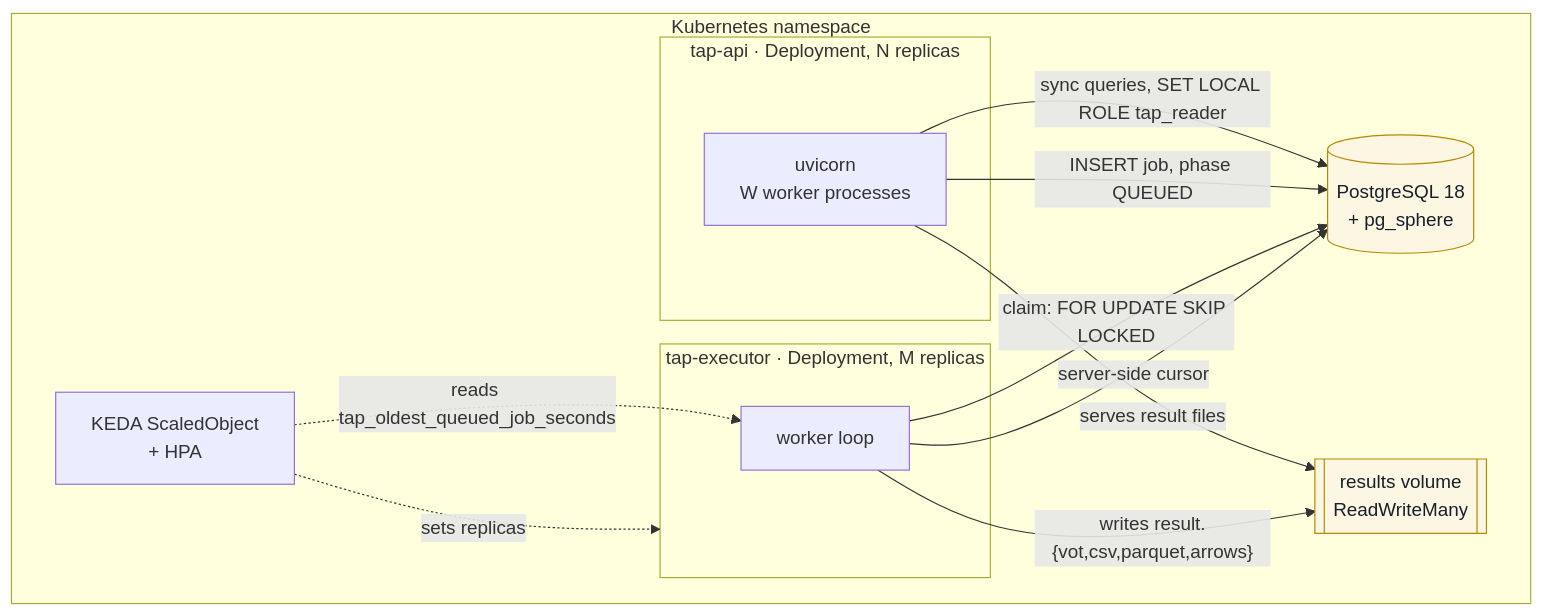
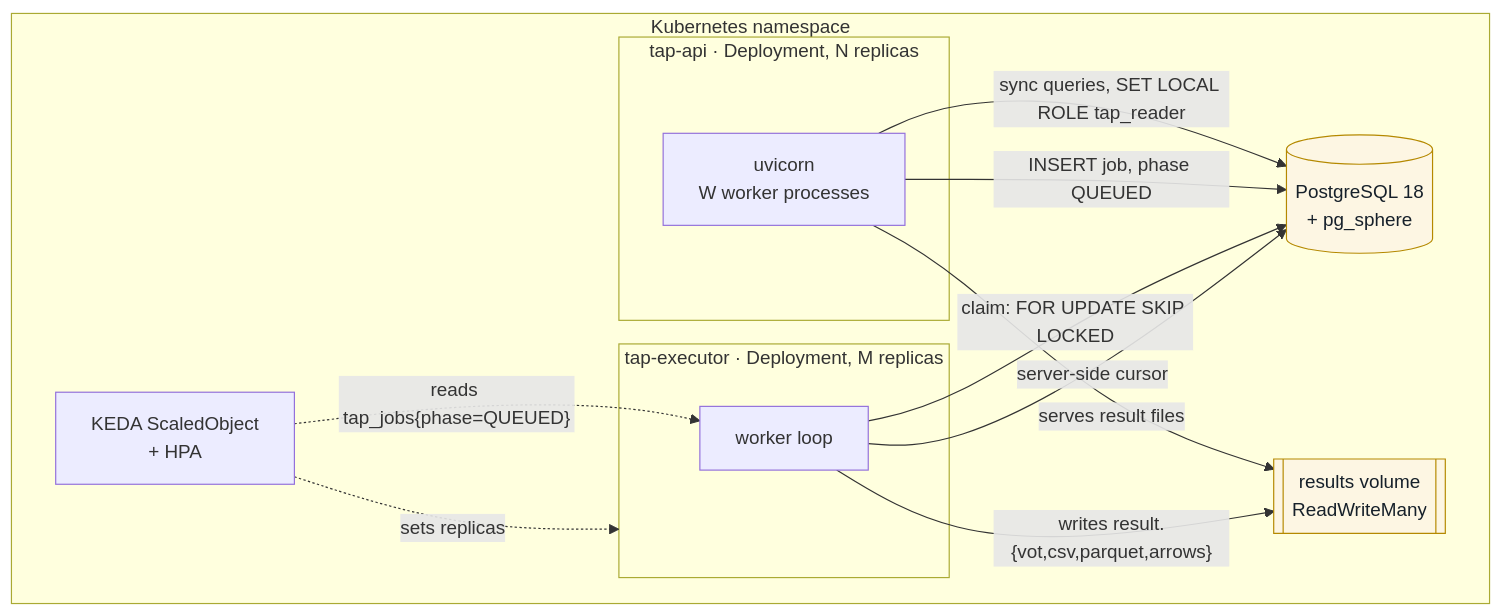
The second of 10 diagrams in docs/architecture.md (MicheleDelliVeneri/skao-tap), drawn with Mermaid before and after one commit. The commit also changed other lines of this file and 11 other files, not shown here.

First line of the commit message:
fix: scale executors on queue depth, not the oldest job's age

````diff
--- a/docs/architecture.md
+++ b/docs/architecture.md
@@ -44,26 +44,26 @@
 ```mermaid
 graph TB
     subgraph k8s["Kubernetes namespace"]
         subgraph apirs["tap-api · Deployment, N replicas"]
             api1["uvicorn<br/>W worker processes"]
         end
         subgraph execs["tap-executor · Deployment, M replicas"]
             ex1["worker loop"]
         end
         pg[("PostgreSQL 18<br/>+ pg_sphere")]
         vol[["results volume<br/>ReadWriteMany"]]
         keda["KEDA ScaledObject<br/>+ HPA"]
     end
 
     api1 -->|"sync queries, SET LOCAL ROLE tap_reader"| pg
     api1 -->|"INSERT job, phase QUEUED"| pg
     api1 -->|"serves result files"| vol
     ex1 -->|"claim: FOR UPDATE SKIP LOCKED"| pg
     ex1 -->|"server-side cursor"| pg
     ex1 -->|"writes result.{vot,csv,parquet,arrows}"| vol
-    keda -.->|"reads tap_oldest_queued_job_seconds"| ex1
+    keda -.->|"reads tap_jobs{phase=QUEUED}"| ex1
     keda -.->|"sets replicas"| execs
 
     classDef store fill:#fdf6e3,stroke:#b58900,color:#16202a
     class pg,vol store
 ```
````
